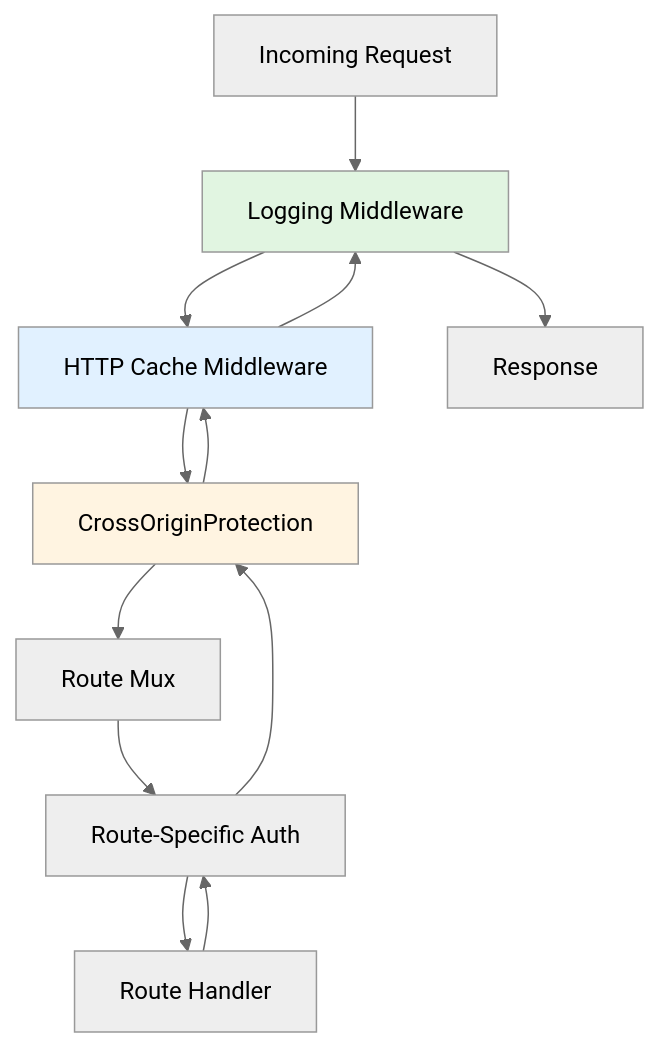
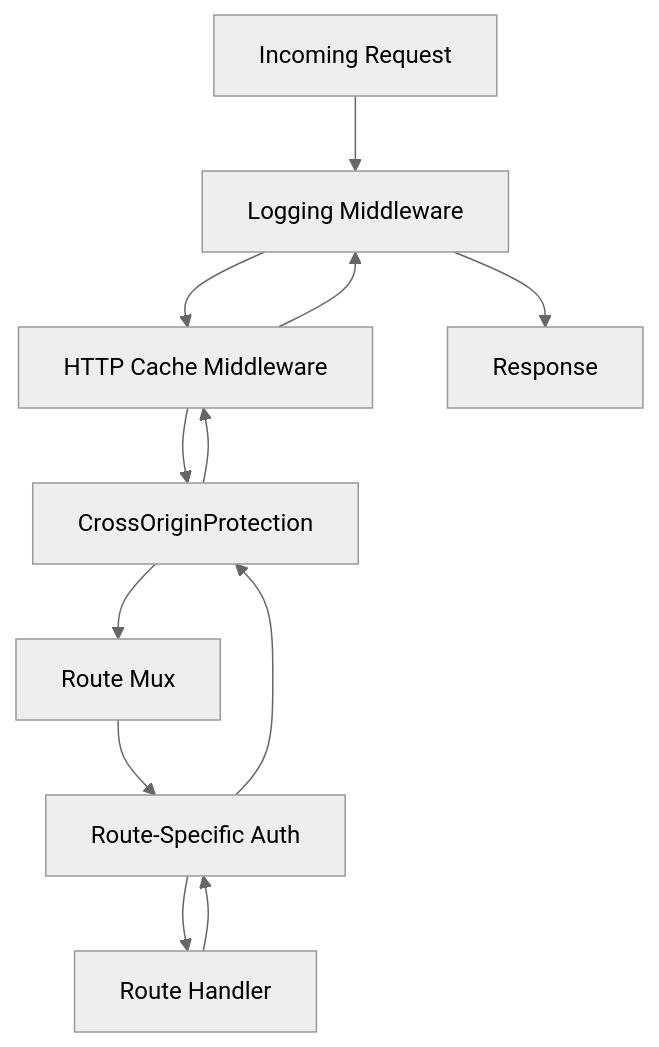
The sixth of 20 diagrams in docs/ARCHITECTURE.md (lbe/sfpg-go), drawn with Mermaid (neutral theme) before and after one commit. The commit also changed other lines of this file and 275 other files, not shown here.

````diff
--- a/docs/ARCHITECTURE.md
+++ b/docs/ARCHITECTURE.md
@@ -536,18 +653,14 @@
 ```mermaid
 graph TB
     Request[Incoming Request] --> LogMW[Logging Middleware]
     LogMW --> CacheMW[HTTP Cache Middleware]
     CacheMW --> COPMW[CrossOriginProtection]
     COPMW --> Mux[Route Mux]
     Mux --> AuthMW[Route-Specific Auth]
     AuthMW --> Handler[Route Handler]
     Handler --> AuthMW
     AuthMW --> COPMW
     COPMW --> CacheMW
     CacheMW --> LogMW
     LogMW --> Response[Response]
-
-    style LogMW fill:#e1f5e1
-    style CacheMW fill:#e1f1ff
-    style COPMW fill:#fff4e1
 ```
````
